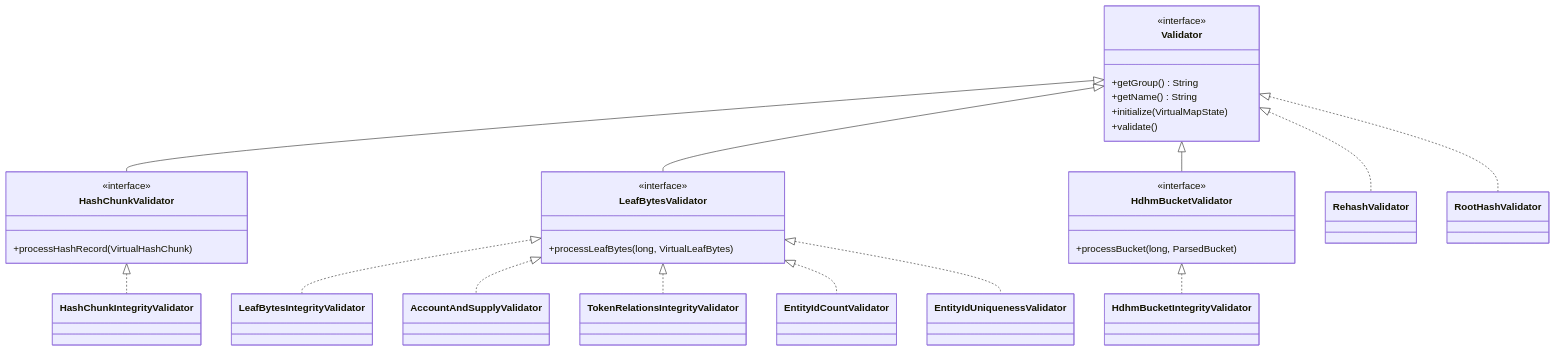
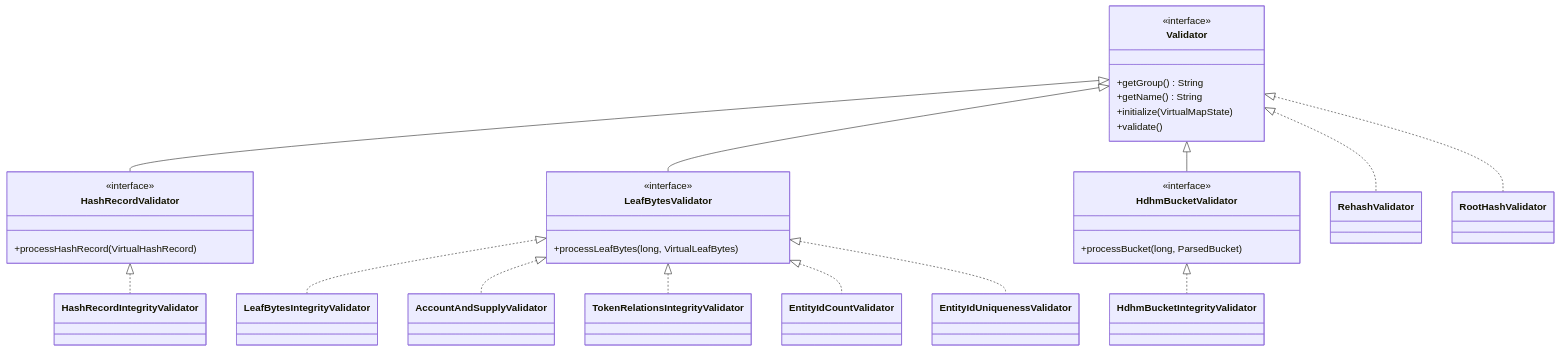
The second of 2 diagrams in hedera-state-validator/README.md (hiero-ledger/hiero-consensus-node), drawn with Mermaid before and after one commit. The commit also changed other lines of this file, not shown here.

````diff
--- a/hedera-state-validator/README.md
+++ b/hedera-state-validator/README.md
@@ -101,39 +101,39 @@
 ```mermaid
 classDiagram
     class Validator {
         <<interface>>
         +getGroup() String
         +getName() String
         +initialize(VirtualMapState)
         +validate()
     }
 
-    class HashChunkValidator {
+    class HashRecordValidator {
         <<interface>>
-        +processHashRecord(VirtualHashChunk)
+        +processHashRecord(VirtualHashRecord)
     }
 
     class LeafBytesValidator {
         <<interface>>
         +processLeafBytes(long, VirtualLeafBytes)
     }
 
     class HdhmBucketValidator {
         <<interface>>
         +processBucket(long, ParsedBucket)
     }
 
-    Validator <|-- HashChunkValidator
+    Validator <|-- HashRecordValidator
     Validator <|-- LeafBytesValidator
     Validator <|-- HdhmBucketValidator
 
-    HashChunkValidator <|.. HashChunkIntegrityValidator
+    HashRecordValidator <|.. HashRecordIntegrityValidator
     LeafBytesValidator <|.. LeafBytesIntegrityValidator
     LeafBytesValidator <|.. AccountAndSupplyValidator
     LeafBytesValidator <|.. TokenRelationsIntegrityValidator
     LeafBytesValidator <|.. EntityIdCountValidator
     LeafBytesValidator <|.. EntityIdUniquenessValidator
     HdhmBucketValidator <|.. HdhmBucketIntegrityValidator
     Validator <|.. RehashValidator
     Validator <|.. RootHashValidator
 ```
````
